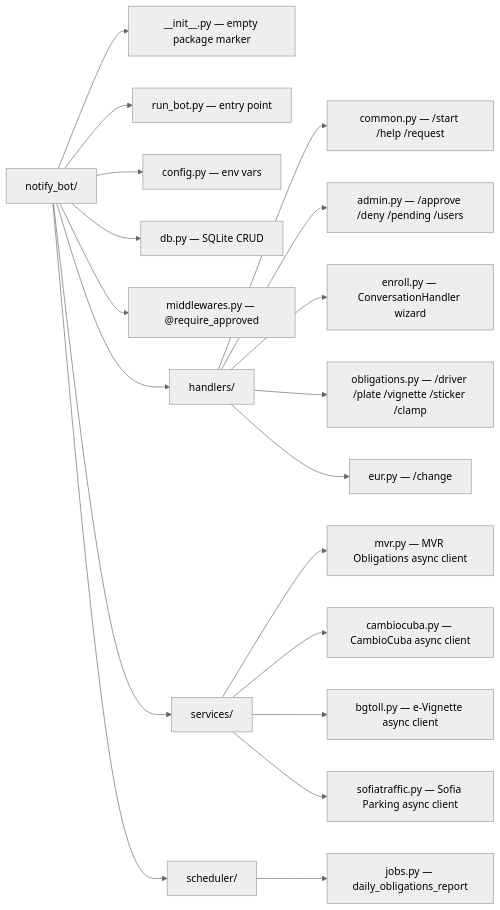
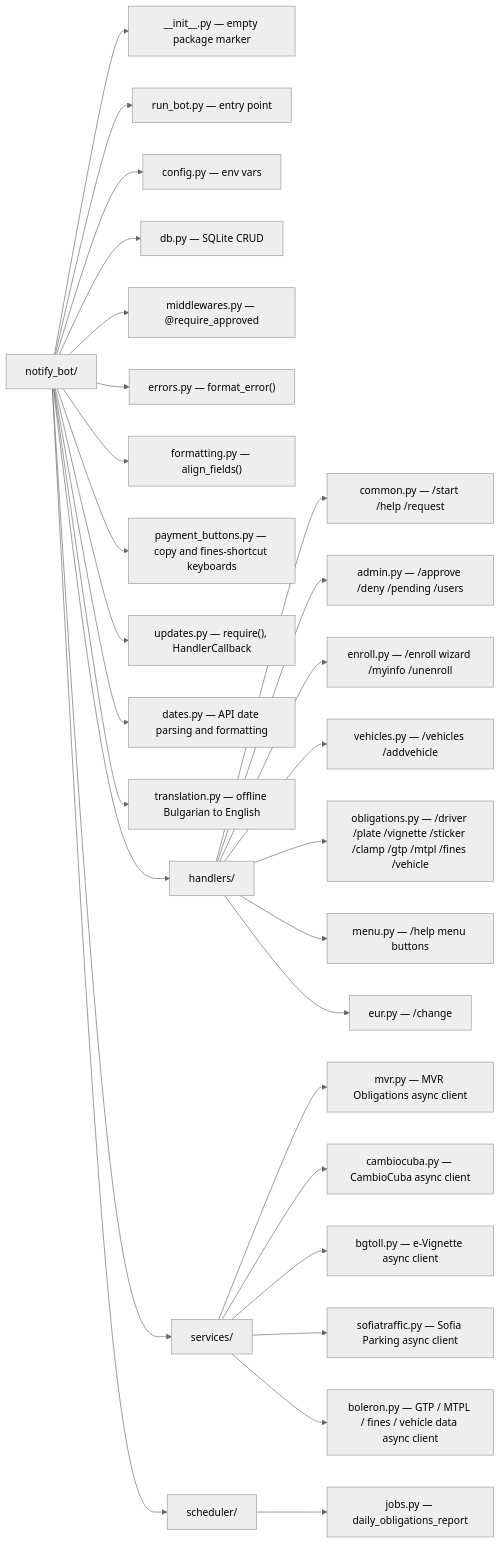
Before and after one commit to SecDevOpsPro/notify-telegram-bot: the second of 9 diagrams in docs/plan.md, drawn with Mermaid (neutral theme). The commit also changed other lines of this file and 21 other files, not shown here.

````diff
--- a/docs/plan.md
+++ b/docs/plan.md
@@ -60,26 +66,35 @@
 ```mermaid
 graph LR
     root["notify_bot/"]
 
     root --> init["__init__.py — empty package marker"]
     root --> rb["run_bot.py — entry point"]
     root --> cfg["config.py — env vars"]
     root --> db["db.py — SQLite CRUD"]
     root --> mw["middlewares.py — @require_approved"]
+    root --> err["errors.py — format_error()"]
+    root --> fmt["formatting.py — align_fields()"]
+    root --> pb["payment_buttons.py — copy and fines-shortcut keyboards"]
+    root --> upd["updates.py — require(), HandlerCallback"]
+    root --> dt["dates.py — API date parsing and formatting"]
+    root --> tr["translation.py — offline Bulgarian to English"]
 
     root --> h["handlers/"]
     h --> hc["common.py — /start /help /request"]
     h --> ha["admin.py — /approve /deny /pending /users"]
-    h --> he["enroll.py — ConversationHandler wizard"]
-    h --> ho["obligations.py — /driver /plate /vignette /sticker /clamp"]
+    h --> he["enroll.py — /enroll wizard /myinfo /unenroll"]
+    h --> hv["vehicles.py — /vehicles /addvehicle"]
+    h --> ho["obligations.py — /driver /plate /vignette /sticker /clamp /gtp /mtpl /fines /vehicle"]
+    h --> hm["menu.py — /help menu buttons"]
     h --> hu["eur.py — /change"]
 
     root --> s["services/"]
     s --> sm["mvr.py — MVR Obligations async client"]
     s --> sc["cambiocuba.py — CambioCuba async client"]
     s --> sb["bgtoll.py — e-Vignette async client"]
     s --> sb2["sofiatraffic.py — Sofia Parking async client"]
+    s --> sbo["boleron.py — GTP / MTPL / fines / vehicle data async client"]
 
     root --> sk["scheduler/"]
     sk --> sj["jobs.py — daily_obligations_report"]
 ```
````
